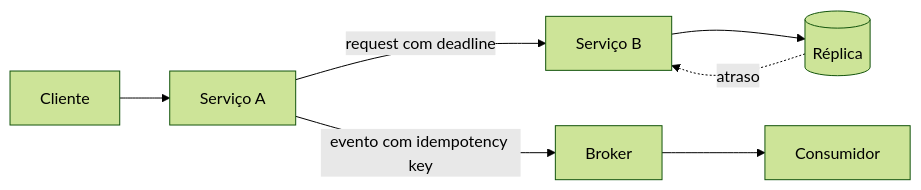
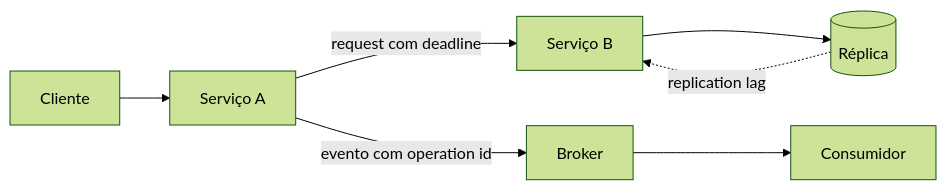
The diagram in distributed-systems/README.md (blasther12/alexandria), drawn with Mermaid (forest theme) before and after one commit. The commit also changed other lines of this file, not shown here.

````diff
--- a/distributed-systems/README.md
+++ b/distributed-systems/README.md
@@ -16,9 +58,9 @@
 ```mermaid
 flowchart LR
     C[Cliente] --> A[Serviço A]
     A -->|request com deadline| B[Serviço B]
-    A -->|evento com idempotency key| Q[Broker]
+    A -->|evento com operation id| Q[Broker]
     Q --> D[Consumidor]
     B --> R[(Réplica)]
-    R -. atraso .-> B
+    R -. replication lag .-> B
 ```
````
